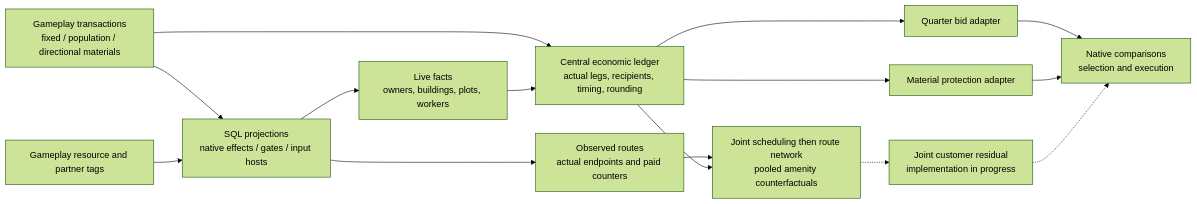
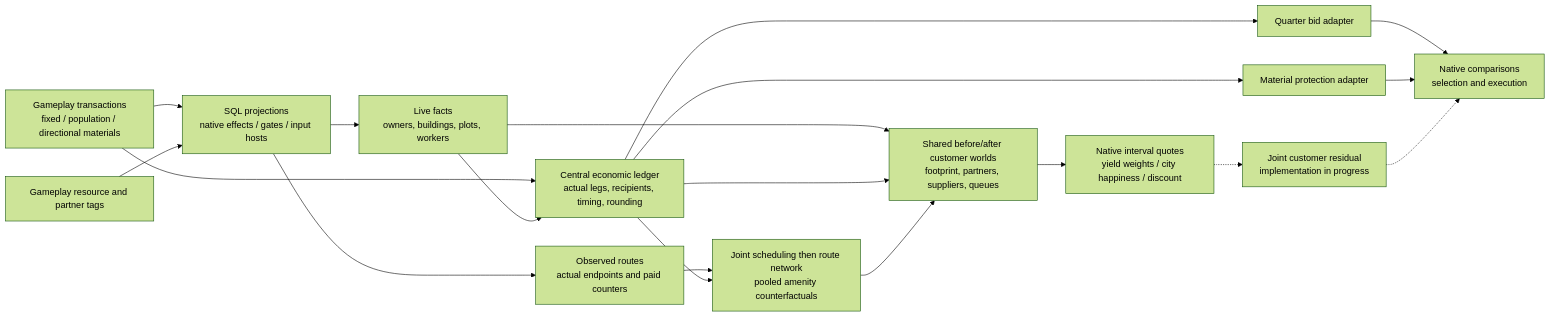
One commit to hennogous/Henno-Mods changed the first of 2 diagrams in project/docs/civ6-ai/architecture.md. Above: the diagram before and after it, drawn with Mermaid (forest theme). The commit also changed other lines of this file and 10 other files, not shown here.

Commit message:
Qualify customer economic bids at the native district comparison

````diff
--- a/project/docs/civ6-ai/architecture.md
+++ b/project/docs/civ6-ai/architecture.md
@@ -21,25 +24,31 @@
 ```mermaid
 flowchart LR
     DECL["Gameplay transactions<br/>fixed / population / directional materials"]
     TAG["Gameplay resource and partner tags"]
     GEN["SQL projections<br/>native effects / gates / input hosts"]
     LIVE["Live facts<br/>owners, buildings, plots, workers"]
     MODEL["Central economic ledger<br/>actual legs, recipients, timing, rounding"]
     Q["Quarter bid adapter"]
     P["Material protection adapter"]
     C["Joint customer residual<br/>implementation in progress"]
     R["Observed routes<br/>actual endpoints and paid counters"]
     T["Joint scheduling then route network<br/>pooled amenity counterfactuals"]
+    W["Shared before/after customer worlds<br/>footprint, partners, suppliers, queues"]
+    PRICE["Native interval quotes<br/>yield weights / city happiness / discount"]
     N["Native comparisons<br/>selection and execution"]
     DECL --> GEN
     TAG --> GEN
     GEN --> LIVE
     DECL --> MODEL
     LIVE --> MODEL
     MODEL --> Q --> N
     MODEL --> P --> N
     GEN --> R
     R --> T
     MODEL --> T
-    T -.-> C -.-> N
+    LIVE --> W
+    MODEL --> W
+    T --> W
+    W --> PRICE
+    PRICE -.-> C -.-> N
 ```
````
